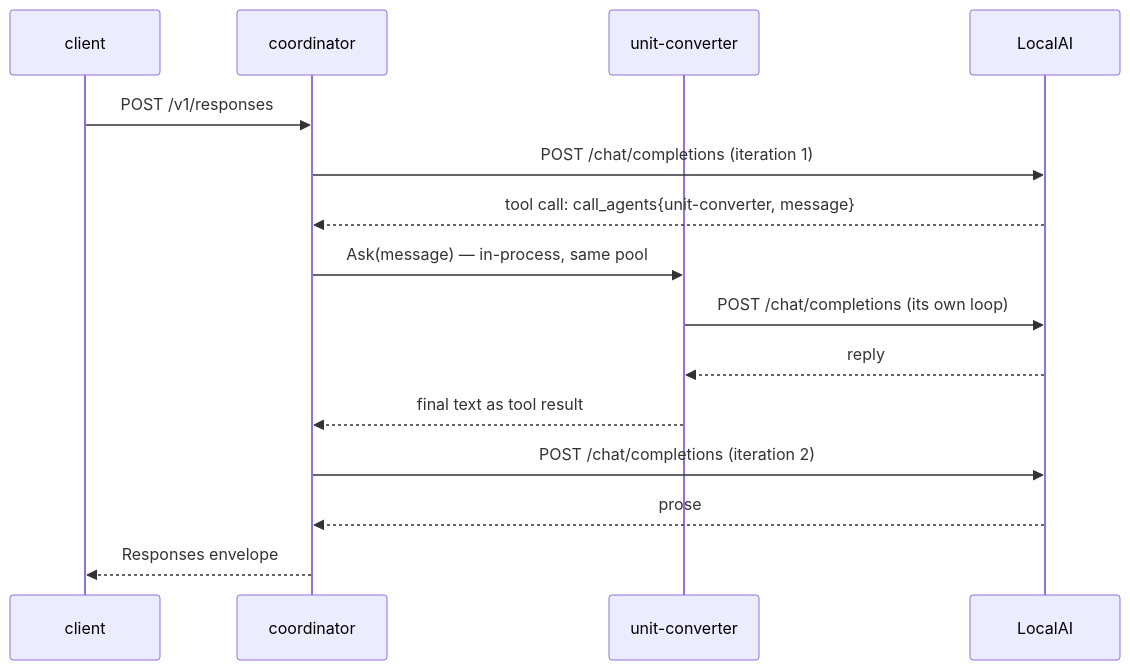
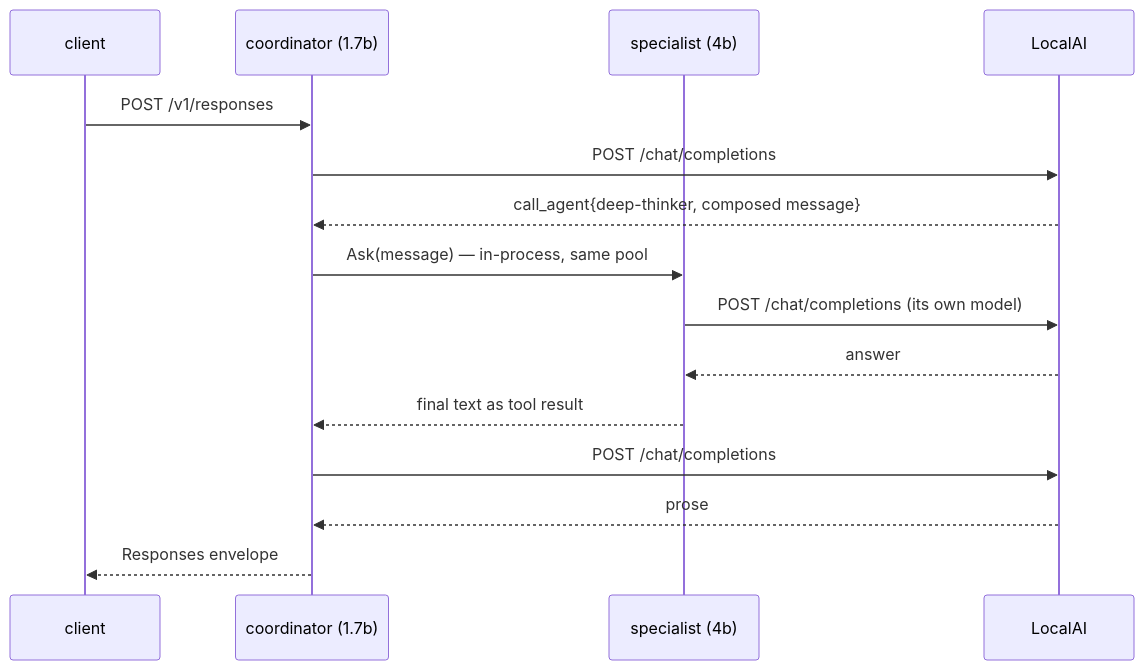
One commit to wrkode/local-ai-stack-handbook changed the second of 2 diagrams in docs/05-recipes/multi-agent.md. Above: the diagram before and after it, drawn with Mermaid. The commit also changed other lines of this file and 3 other files, not shown here.

````diff
--- a/docs/05-recipes/multi-agent.md
+++ b/docs/05-recipes/multi-agent.md
@@ -234,18 +320,18 @@
 ```mermaid
 sequenceDiagram
   participant C as client
-  participant CO as coordinator
-  participant SP as unit-converter
+  participant CO as coordinator (1.7b)
+  participant SP as specialist (4b)
   participant AI as LocalAI
 
   C->>CO: POST /v1/responses
-  CO->>AI: POST /chat/completions (iteration 1)
-  AI-->>CO: tool call: call_agents{unit-converter, message}
+  CO->>AI: POST /chat/completions
+  AI-->>CO: call_agent{deep-thinker, composed message}
   CO->>SP: Ask(message) — in-process, same pool
-  SP->>AI: POST /chat/completions (its own loop)
-  AI-->>SP: reply
+  SP->>AI: POST /chat/completions (its own model)
+  AI-->>SP: answer
   SP-->>CO: final text as tool result
-  CO->>AI: POST /chat/completions (iteration 2)
+  CO->>AI: POST /chat/completions
   AI-->>CO: prose
   CO-->>C: Responses envelope
 ```
````
